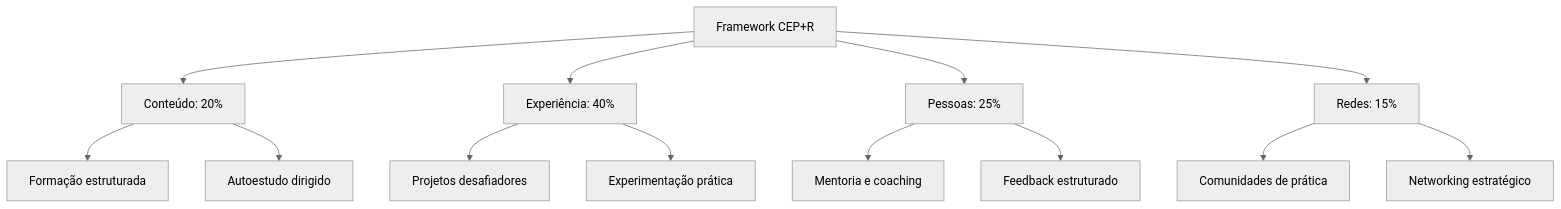
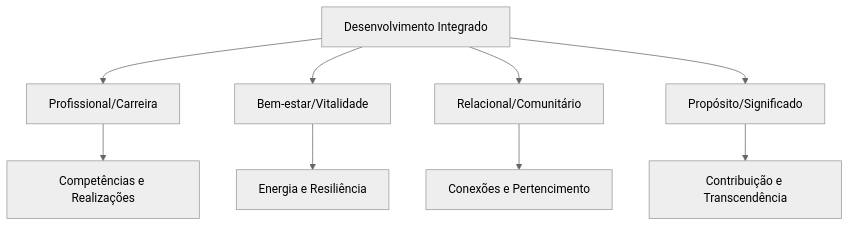
Before and after one commit to felipepimentel/my-public-notes: the third of 7 diagrams in Leadership/pdi.md, drawn with Mermaid (neutral theme). The commit also changed other lines of this file, not shown here.

````diff
--- a/Leadership/pdi.md
+++ b/Leadership/pdi.md
@@ -234,19 +164,12 @@
 ```mermaid
 graph TD
-    A[Framework CEP+R] --> B[Conteúdo: 20%]
-    A --> C[Experiência: 40%]
-    A --> D[Pessoas: 25%]
-    A --> E[Redes: 15%]
+    A[Desenvolvimento Integrado] --> B[Profissional/Carreira]
+    A --> C[Bem-estar/Vitalidade]
+    A --> D[Relacional/Comunitário]
+    A --> E[Propósito/Significado]
     
-    B --> F[Formação estruturada]
-    B --> G[Autoestudo dirigido]
-    
-    C --> H[Projetos desafiadores]
-    C --> I[Experimentação prática]
-    
-    D --> J[Mentoria e coaching]
-    D --> K[Feedback estruturado]
-    
-    E --> L[Comunidades de prática]
-    E --> M[Networking estratégico]
+    B --> F[Competências e Realizações]
+    C --> G[Energia e Resiliência]
+    D --> H[Conexões e Pertencimento]
+    E --> I[Contribuição e Transcendência]
 ```
````
